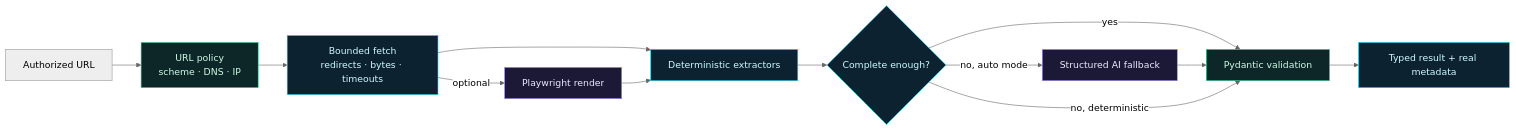
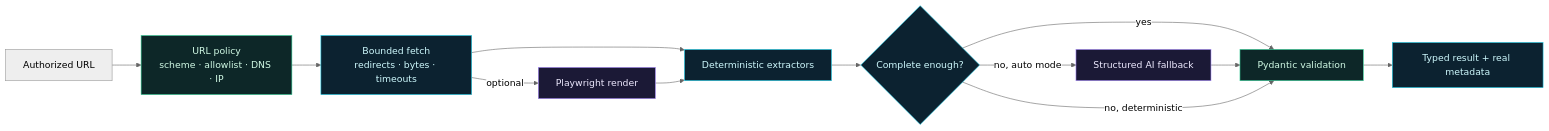
One commit to Z-MarkUs/OmniScrape changed the diagram in README.md. Above: the diagram before and after it, drawn with Mermaid (neutral theme). The commit also changed other lines of this file and 53 other files, not shown here.

````diff
--- a/README.md
+++ b/README.md
@@ -61,21 +63,21 @@
 ```mermaid
 flowchart LR
-    U["Authorized URL"] --> G["URL policy<br/>scheme · DNS · IP"]
+    U["Authorized URL"] --> G["URL policy<br/>scheme · allowlist · DNS · IP"]
     G --> F["Bounded fetch<br/>redirects · bytes · timeouts"]
     F -->|optional| B["Playwright render"]
     F --> D["Deterministic extractors"]
     B --> D
     D --> C{"Complete enough?"}
     C -->|yes| V["Pydantic validation"]
     C -->|no, auto mode| L["Structured AI fallback"]
     L --> V
     C -->|no, deterministic| V
     V --> R["Typed result + real metadata"]
 
     classDef safe fill:#0d2728,stroke:#34d399,color:#d1fae5;
     classDef core fill:#0c2230,stroke:#22d3ee,color:#cffafe;
     classDef optional fill:#1b1936,stroke:#a78bfa,color:#ede9fe;
     class G,V safe;
     class F,D,C,R core;
     class B,L optional;
 ```
````
